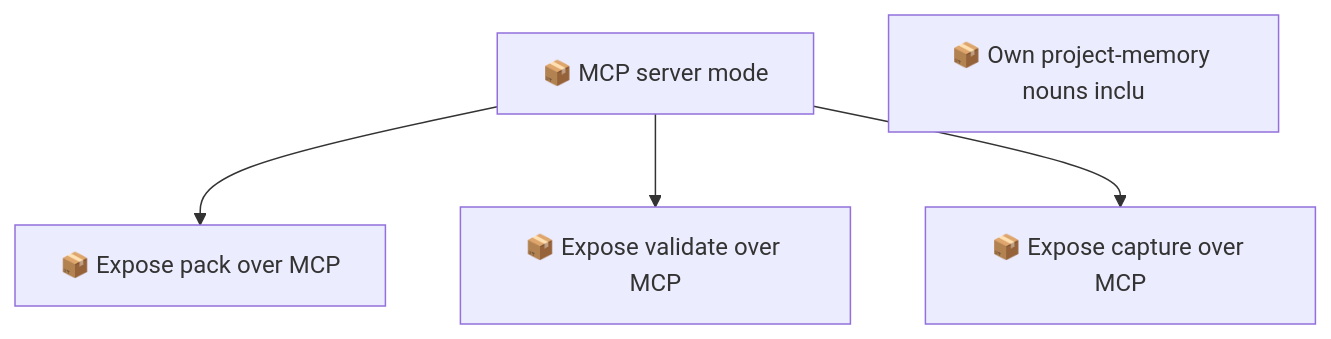
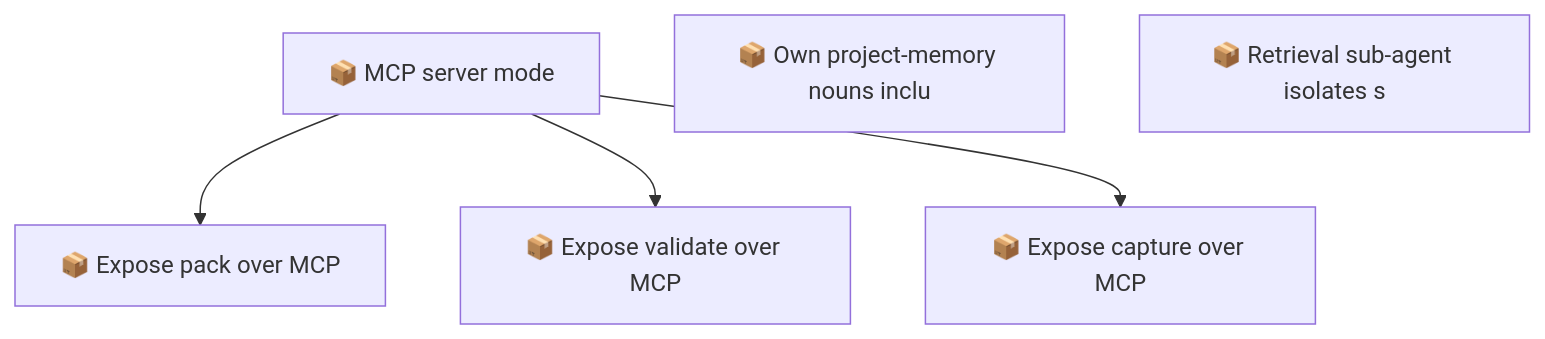
Before and after one commit to SpillwaveSolutions/project-knowledge-capture: the second of 2 diagrams in docs/roadmap.md, drawn with Mermaid. The commit also changed other lines of this file and 27 other files, not shown here.

First line of the commit message:
feat: isolate retrieval behind knowledge-retriever sub-agent 01M2B9WVA9NSC7WFRR9WYB0X2V

````diff
--- a/docs/roadmap.md
+++ b/docs/roadmap.md
@@ -74,11 +87,12 @@
 ```mermaid
 graph TD
     01KZ75NQCMYGFYRCVJATEBVBRB["📦 MCP server mode"]
     01KZ75R3EXEG4GVGRP2S9CCKZ4["📦 Expose pack over MCP"]
     01KZ75R3M6BYQ643NKDCCSEEZC["📦 Expose validate over MCP"]
     01KZ75R3S2X1G4PCTGMMSR8BWA["📦 Expose capture over MCP"]
     01M0SZFFPWEVN9YX9D9RYZ1ZC1["📦 Own project-memory nouns inclu"]
+    01M2B9WVA9NSC7WFRR9WYB0X2V["📦 Retrieval sub-agent isolates s"]
     01KZ75NQCMYGFYRCVJATEBVBRB --> 01KZ75R3EXEG4GVGRP2S9CCKZ4
     01KZ75NQCMYGFYRCVJATEBVBRB --> 01KZ75R3M6BYQ643NKDCCSEEZC
     01KZ75NQCMYGFYRCVJATEBVBRB --> 01KZ75R3S2X1G4PCTGMMSR8BWA
 ```
````
